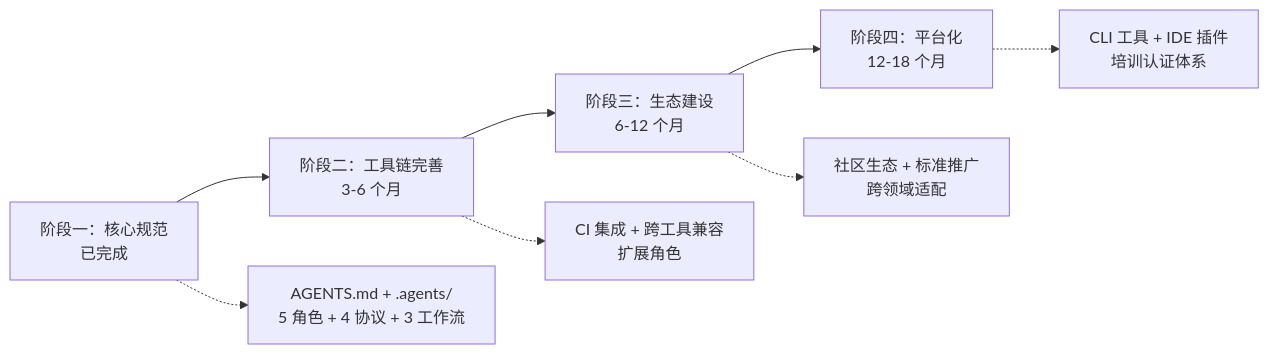
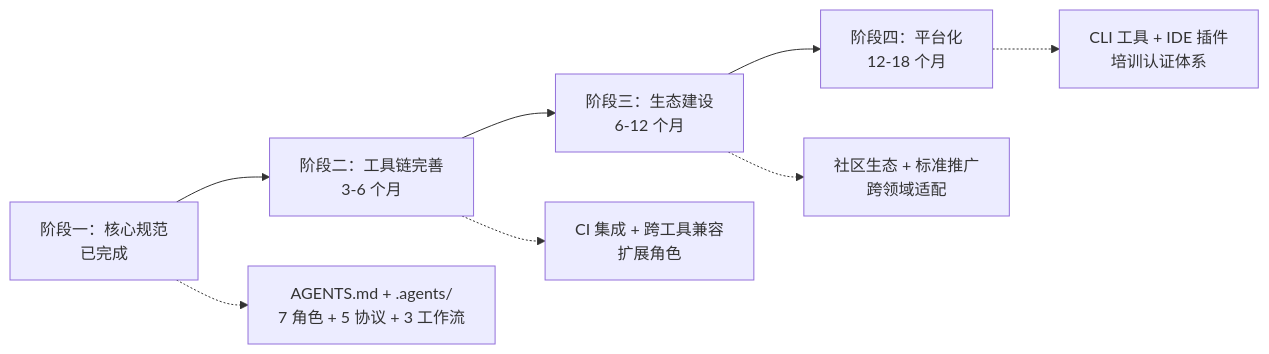
One commit to xinetzone/SpecWeave changed the first of 4 diagrams in README.md. Above: the diagram before and after it, drawn with Mermaid. The commit also changed other lines of this file, not shown here.

First line of the commit message:
fix(readme): sync role and protocol counts with AGENTS.md

````diff
--- a/README.md
+++ b/README.md
@@ -86,10 +86,10 @@
 ```mermaid
 flowchart LR
     P1["阶段一：核心规范<br/>已完成"] --> P2["阶段二：工具链完善<br/>3-6 个月"]
     P2 --> P3["阶段三：生态建设<br/>6-12 个月"]
     P3 --> P4["阶段四：平台化<br/>12-18 个月"]
-    P1 -.-> M1["AGENTS.md + .agents/<br/>5 角色 + 4 协议 + 3 工作流"]
+    P1 -.-> M1["AGENTS.md + .agents/<br/>7 角色 + 5 协议 + 3 工作流"]
     P2 -.-> M2["CI 集成 + 跨工具兼容<br/>扩展角色"]
     P3 -.-> M3["社区生态 + 标准推广<br/>跨领域适配"]
     P4 -.-> M4["CLI 工具 + IDE 插件<br/>培训认证体系"]
 ```
````
